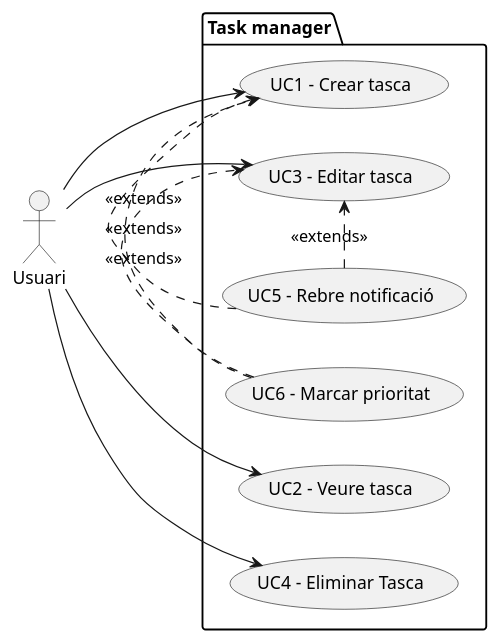
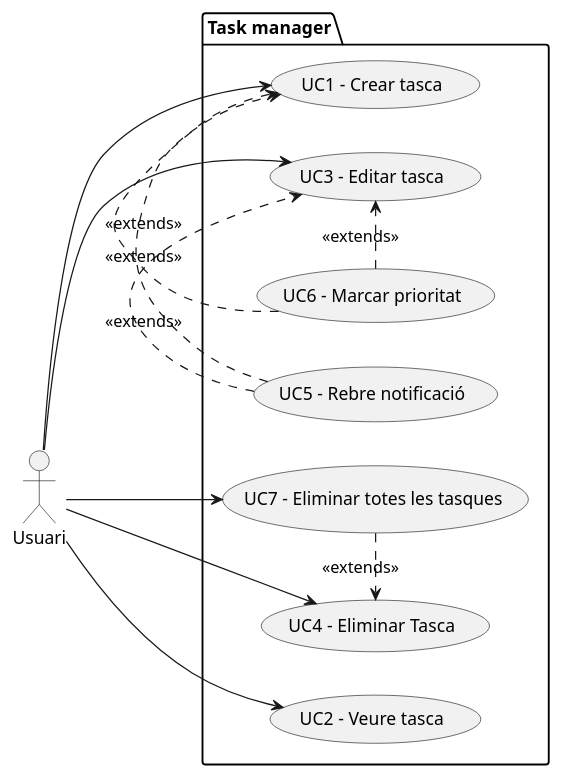
The diagram in doc/dcu.puml (martimiro/GestorDeTasques), drawn with PlantUML before and after one commit. The commit also changed 8 other files, not shown here.

```diff
--- a/doc/dcu.puml
+++ b/doc/dcu.puml
@@ -1,36 +1,38 @@
 @startuml
 ' Diagrama de casis d'ús
 
 left to right direction
 
 actor Usuari as u
 
 package "Task manager" {
     '  Farem els casos d'ús segons els verbs CRUD
 
     ' C = create
     usecase "UC1 - Crear tasca" as UC1
     ' R =  read
     usecase "UC2 - Veure tasca"  as UC2
     ' U = update
     usecase "UC3 - Editar tasca" as UC3
     ' D = eliminar
     usecase "UC4 - Eliminar Tasca" as UC4
 
     ' Altres casos d´ús
     usecase "UC5 - Rebre notificació" as UC5
     usecase "UC6 - Marcar prioritat" as UC6
+    usecase "UC7 - Eliminar totes les tasques" as UC7
 }
 
 u --> UC1
 u --> UC2
 u --> UC3
 u --> UC4
+u --> UC7
 
 UC5 .> UC1: <<extends>>
 UC5 .> UC3: <<extends>>
-
 UC6 .> UC1: <<extends>>
 UC6 .> UC3: <<extends>>
+UC7 .> UC4: <<extends>>
 
 @enduml
```
